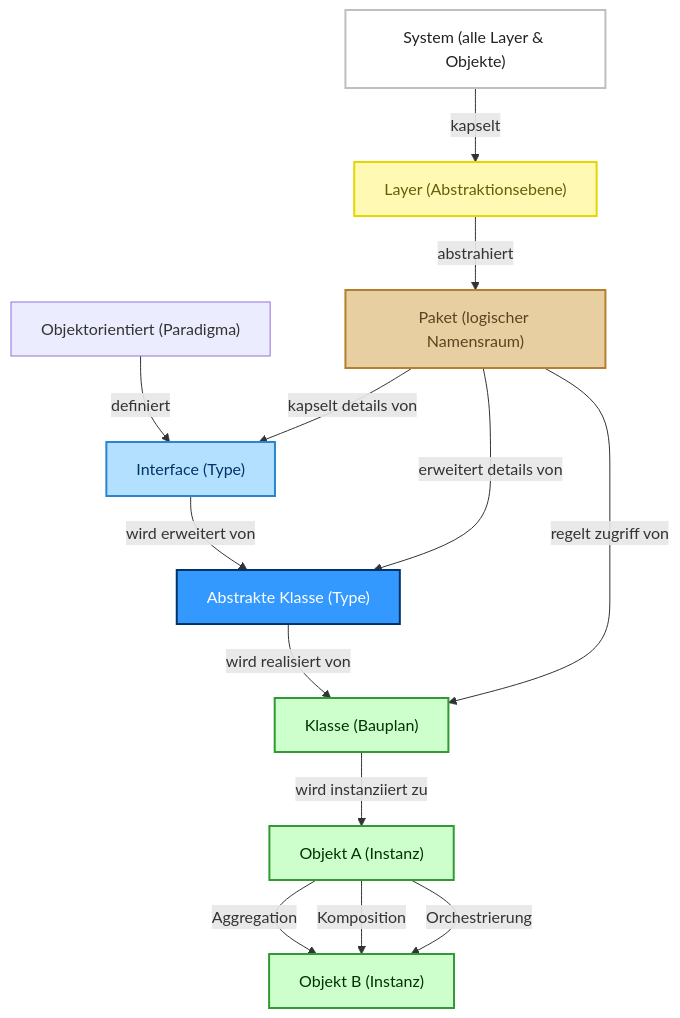
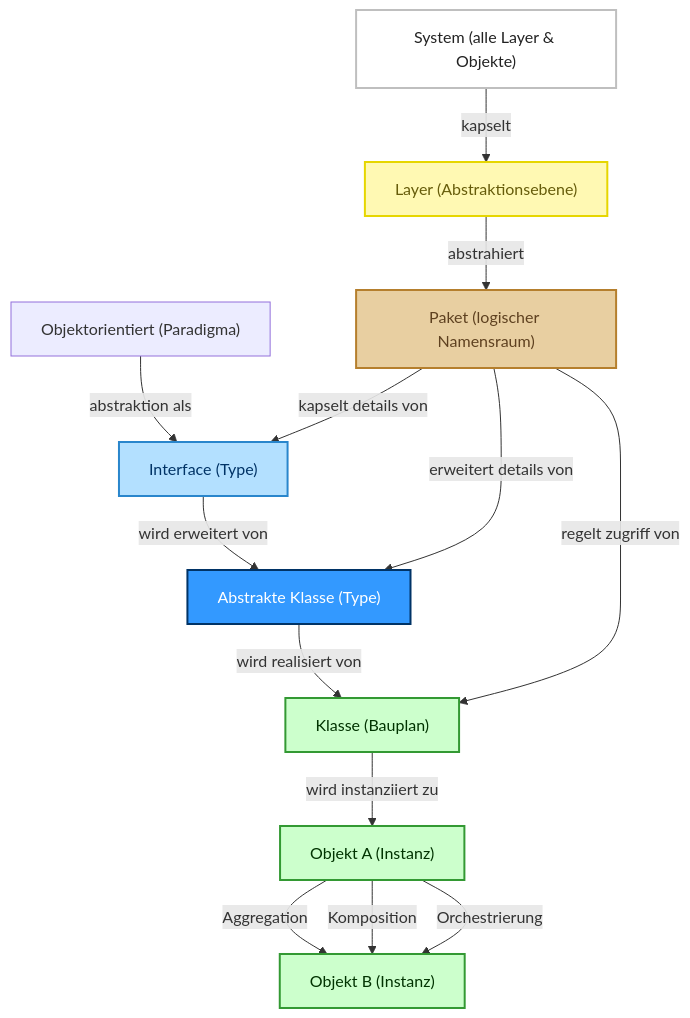
Before and after one commit to andreas-wagner-dev/object-oriented-learning-journey: the first of 10 diagrams in blog/000_about.md, drawn with Mermaid. The commit also changed other lines of this file, not shown here.

````diff
--- a/blog/000_about.md
+++ b/blog/000_about.md
@@ -18,40 +18,40 @@
 ```mermaid
 flowchart TD
 
     OO["Objektorientiert (Paradigma)"]
 
     TI["Interface (Type)"]:::interface
     TA["Abstrakte Klasse (Type)"]:::abstractclass
     C["Klasse (Bauplan)"]:::classbox
     O1["Objekt A (Instanz)"]:::classbox
     O2["Objekt B (Instanz)"]:::classbox
 
     P["Paket (logischer Namensraum)"]:::package
     L["Layer (Abstraktionsebene)"]:::layer
     S["System (alle Layer & Objekte)"]:::system
 
-    OO -- definiert --> TI
+    OO -- abstraktion als --> TI
     TI -- wird erweitert von --> TA
     TA -- wird realisiert von --> C
     C -- wird instanziiert zu --> O1
 
     P -- kapselt details von --> TI
     P -- erweitert details von --> TA
     P -- regelt zugriff von --> C
 
     L -- abstrahiert --> P
     S -- kapselt --> L
 
     %% Aggregation und Komposition: Nur normale Linien plus Text
     O1 -- Aggregation --> O2
     O1 -- Komposition --> O2
     O1 -- Orchestrierung --> O2
     
     %% Farbdefinitionen
     classDef interface fill:#b3e0ff,stroke:#2986cc,stroke-width:2px,color:#003366,font-size:16px;
     classDef abstractclass fill:#3399ff,stroke:#003366,stroke-width:2px,color:#ffffff,font-size:16px;
     classDef classbox fill:#ccffcc,stroke:#339933,stroke-width:2px,color:#003300,font-size:16px;
     classDef package fill:#e8cfa1,stroke:#b57f2d,stroke-width:2px,color:#5e4120,font-size:16px;
     classDef layer fill:#fff9b3,stroke:#e6d600,stroke-width:2px,color:#665c0a,font-size:16px;
     classDef system fill:#ffffff,stroke:#bfbfbf,stroke-width:2px,color:#222,font-size:16px;
 ```
````
